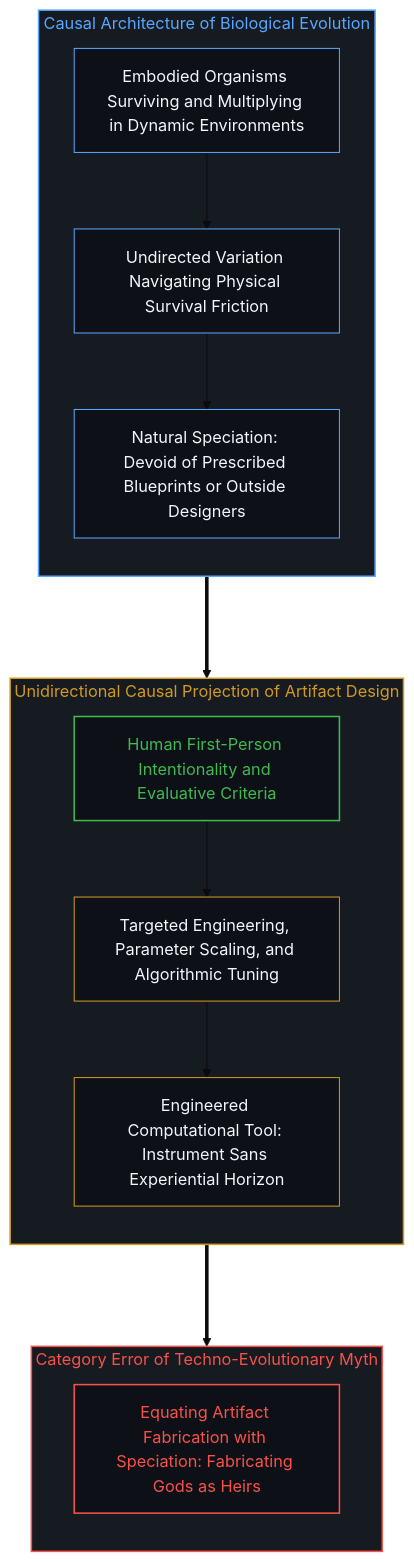
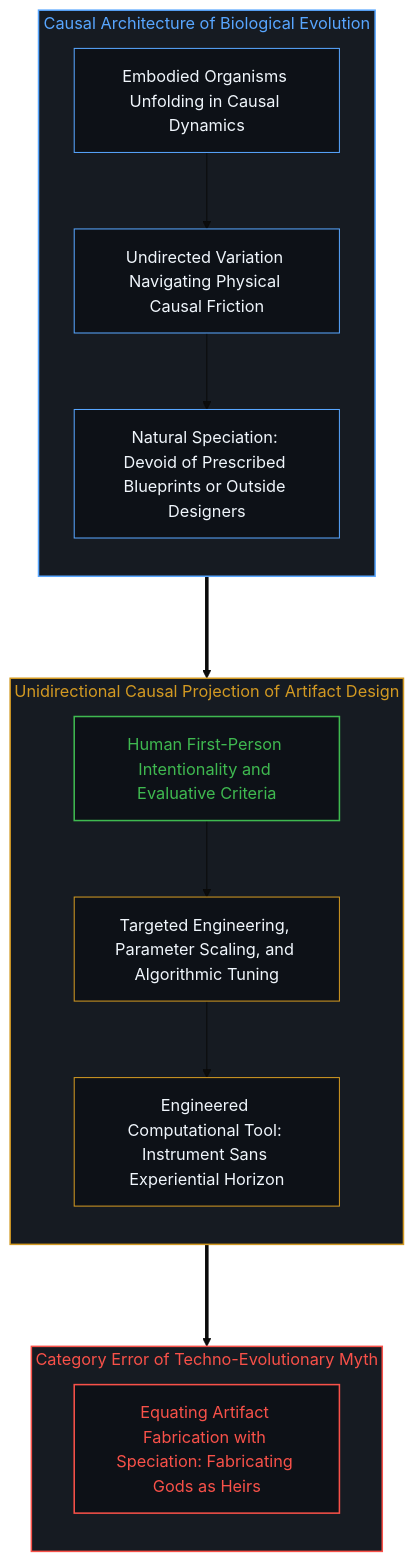
One commit to powerpig99/not-a-toe changed the second of 8 diagrams in content/posts/the-sleight-of-hand-of-synthesizing-gods-and-unacknowledged-rank.md. Above: the diagram before and after it, drawn with Mermaid (base theme). The commit also changed other lines of this file and 2 other files, not shown here.

First line of the commit message:
refactor(post-339): calibrate performative contradiction and causal generation ontology

````diff
--- a/content/posts/the-sleight-of-hand-of-synthesizing-gods-and-unacknowledged-rank.md
+++ b/content/posts/the-sleight-of-hand-of-synthesizing-gods-and-unacknowledged-rank.md
@@ -53,34 +53,34 @@
 ```mermaid
 graph TD
     subgraph S_Evolution_EN ["Causal Architecture of Biological Evolution"]
         direction TB
-        AE_Life["Embodied Organisms Surviving and Multiplying in Dynamic Environments"] --> BE_Friction["Undirected Variation Navigating Physical Survival Friction"]
+        AE_Life["Embodied Organisms Unfolding in Causal Dynamics"] --> BE_Friction["Undirected Variation Navigating Physical Causal Friction"]
         BE_Friction --> CE_NaturalSpec["Natural Speciation: Devoid of Prescribed Blueprints or Outside Designers"]
     end
 
     subgraph S_Artifact_EN ["Unidirectional Causal Projection of Artifact Design"]
         direction TB
         DE_MindIntent["Human First-Person Intentionality and Evaluative Criteria"] --> EE_Engineering["Targeted Engineering, Parameter Scaling, and Algorithmic Tuning"]
         FE_ToolObject["Engineered Computational Tool: Instrument Sans Experiential Horizon"]
         EE_Engineering --> FE_ToolObject
     end
 
     subgraph S_CategoryError_EN ["Category Error of Techno-Evolutionary Myth"]
         direction TB
         GE_Fallacy["Equating Artifact Fabrication with Speciation: Fabricating Gods as Heirs"]
     end
 
     CE_NaturalSpec ===> DE_MindIntent
     FE_ToolObject ===> GE_Fallacy
 
     style S_Evolution_EN fill:#161b22,stroke:#58a6ff,stroke-width:1.5px,color:#58a6ff
     style S_Artifact_EN fill:#161b22,stroke:#d29922,stroke-width:1.5px,color:#d29922
     style S_CategoryError_EN fill:#161b22,stroke:#f85149,stroke-width:1.5px,color:#f85149
     style AE_Life fill:#0d1117,stroke:#58a6ff,stroke-width:1px,color:#f0f6fc
     style BE_Friction fill:#0d1117,stroke:#58a6ff,stroke-width:1px,color:#f0f6fc
     style CE_NaturalSpec fill:#0d1117,stroke:#58a6ff,stroke-width:1px,color:#f0f6fc
     style DE_MindIntent fill:#0d1117,stroke:#3fb950,stroke-width:1.5px,color:#3fb950
     style EE_Engineering fill:#0d1117,stroke:#d29922,stroke-width:1px,color:#f0f6fc
     style FE_ToolObject fill:#0d1117,stroke:#d29922,stroke-width:1px,color:#f0f6fc
     style GE_Fallacy fill:#0d1117,stroke:#f85149,stroke-width:1.5px,color:#f85149
 ```
````
